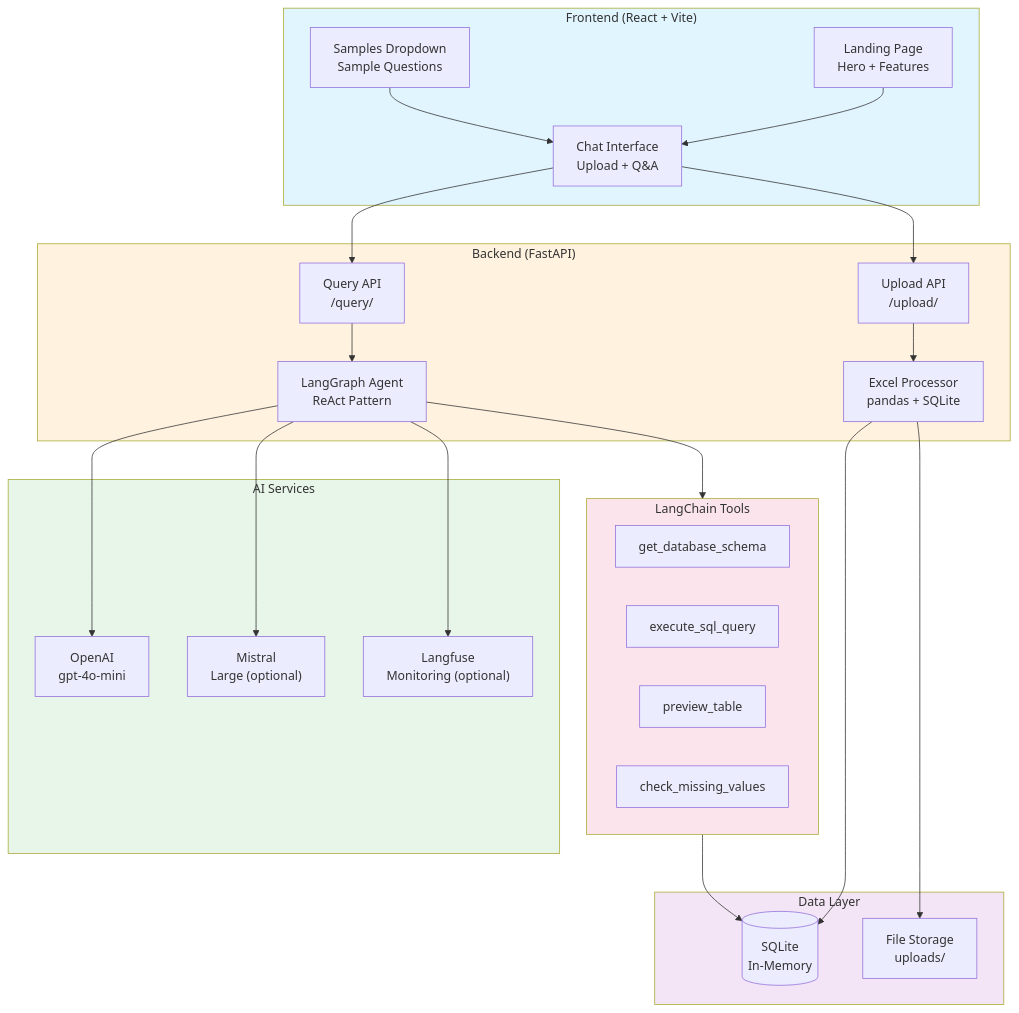
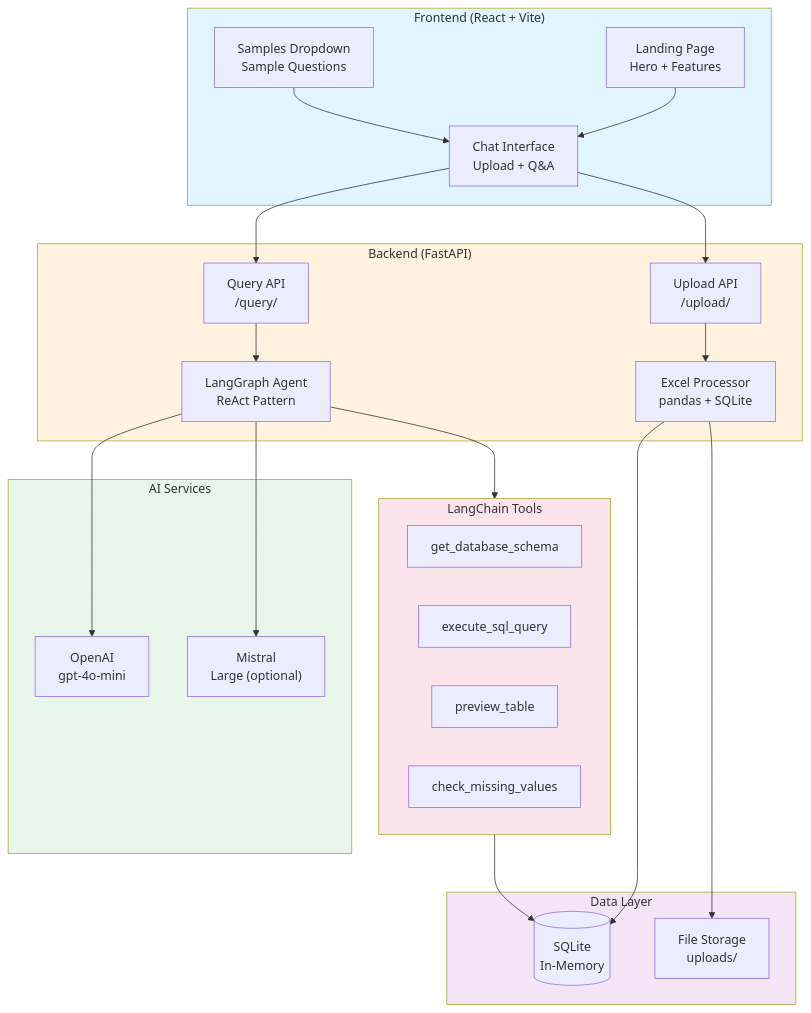
One commit to mehdi-mirzapour/AskMyDoc changed the diagram in TECHNICAL_DOC.md. Above: the diagram before and after it, drawn with Mermaid. The commit also changed other lines of this file and 6 other files, not shown here.

````diff
--- a/TECHNICAL_DOC.md
+++ b/TECHNICAL_DOC.md
@@ -40,55 +39,55 @@
 ```mermaid
 graph TB
     subgraph Frontend["Frontend (React + Vite)"]
         LP["Landing Page<br/>Hero + Features"]
         CI["Chat Interface<br/>Upload + Q&A"]
         SD["Samples Dropdown<br/>Sample Questions"]
     end
     
     subgraph Backend["Backend (FastAPI)"]
         UA["Upload API<br/>/upload/"]
         QA["Query API<br/>/query/"]
         EP["Excel Processor<br/>pandas + SQLite"]
         LA["LangGraph Agent<br/>ReAct Pattern"]
     end
     
     subgraph Data["Data Layer"]
         DB[("SQLite<br/>In-Memory")]
         FS["File Storage<br/>uploads/"]
     end
     
     subgraph AI["AI Services"]
         OAI["OpenAI<br/>gpt-4o-mini"]
         MIS["Mistral<br/>Large (optional)"]
-        LF["Langfuse<br/>Monitoring (optional)"]
+
     end
     
     subgraph Tools["LangChain Tools"]
         T1[get_database_schema]
         T2[execute_sql_query]
         T3[preview_table]
         T4[check_missing_values]
     end
     
     LP --> CI
     CI --> UA
     CI --> QA
     SD --> CI
     
     UA --> EP
     EP --> DB
     EP --> FS
     
     QA --> LA
     LA --> Tools
     Tools --> DB
     LA --> OAI
     LA --> MIS
-    LA --> LF
+
     
     style Frontend fill:#e1f5ff
     style Backend fill:#fff3e0
     style Data fill:#f3e5f5
     style AI fill:#e8f5e9
     style Tools fill:#fce4ec
 ```
````
